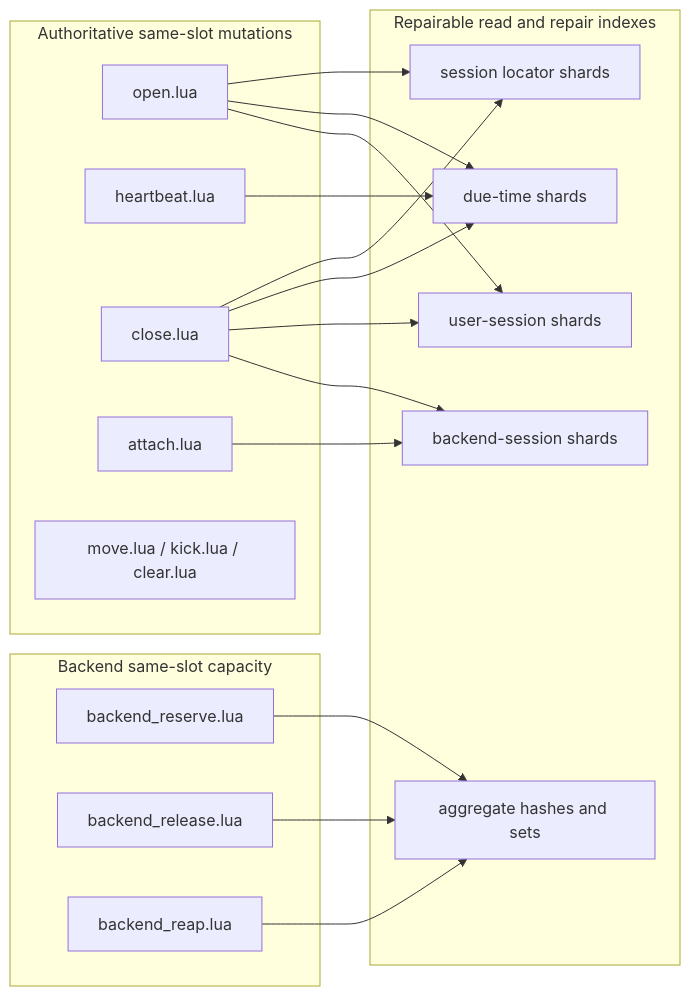
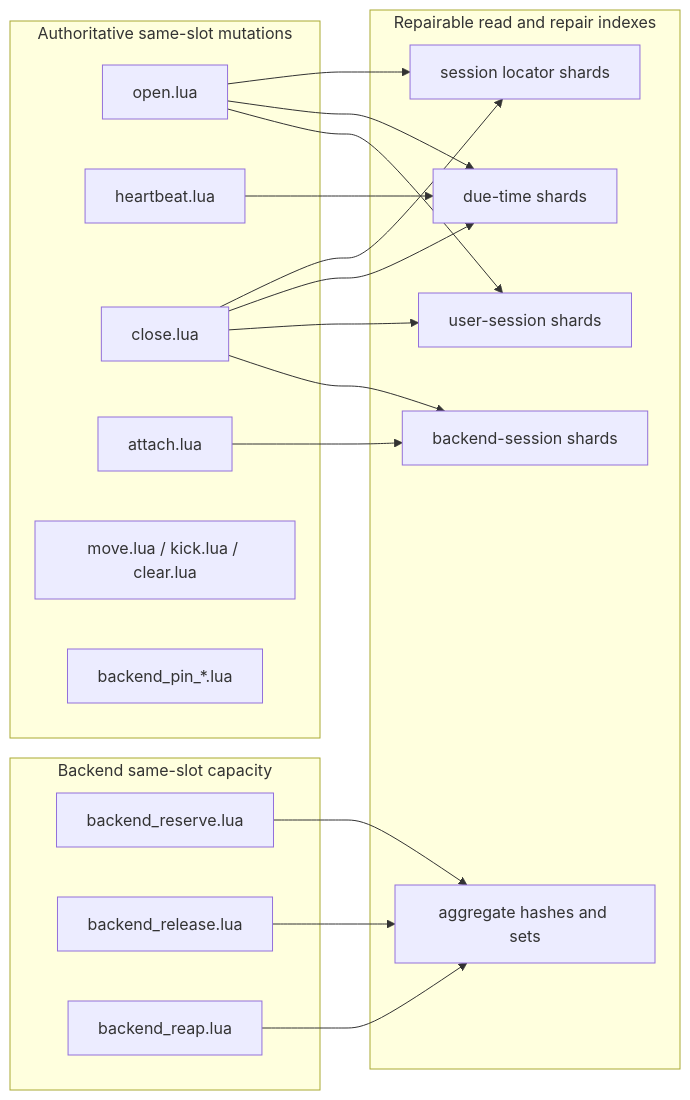
Before and after one commit to croessner/nauthilus-director: the second of 7 diagrams in docs/developer/AFFINITY_SESSION_HANDLING.md, drawn with Mermaid. The commit also changed other lines of this file and 47 other files, not shown here.

````diff
--- a/docs/developer/AFFINITY_SESSION_HANDLING.md
+++ b/docs/developer/AFFINITY_SESSION_HANDLING.md
@@ -95,37 +117,38 @@
 ```mermaid
 flowchart LR
     subgraph "Authoritative same-slot mutations"
         A1["open.lua"]
         A2["heartbeat.lua"]
         A3["close.lua"]
         A4["attach.lua"]
         A5["move.lua / kick.lua / clear.lua"]
+        A6["backend_pin_*.lua"]
     end
 
     subgraph "Backend same-slot capacity"
         B1["backend_reserve.lua"]
         B2["backend_release.lua"]
         B3["backend_reap.lua"]
     end
 
     subgraph "Repairable read and repair indexes"
         I1["session locator shards"]
         I2["due-time shards"]
         I3["user-session shards"]
         I4["backend-session shards"]
         I5["aggregate hashes and sets"]
     end
 
     A1 --> I1
     A1 --> I2
     A1 --> I3
     A4 --> I4
     A2 --> I2
     A3 --> I1
     A3 --> I2
     A3 --> I3
     A3 --> I4
     B1 --> I5
     B2 --> I5
     B3 --> I5
 ```
````
